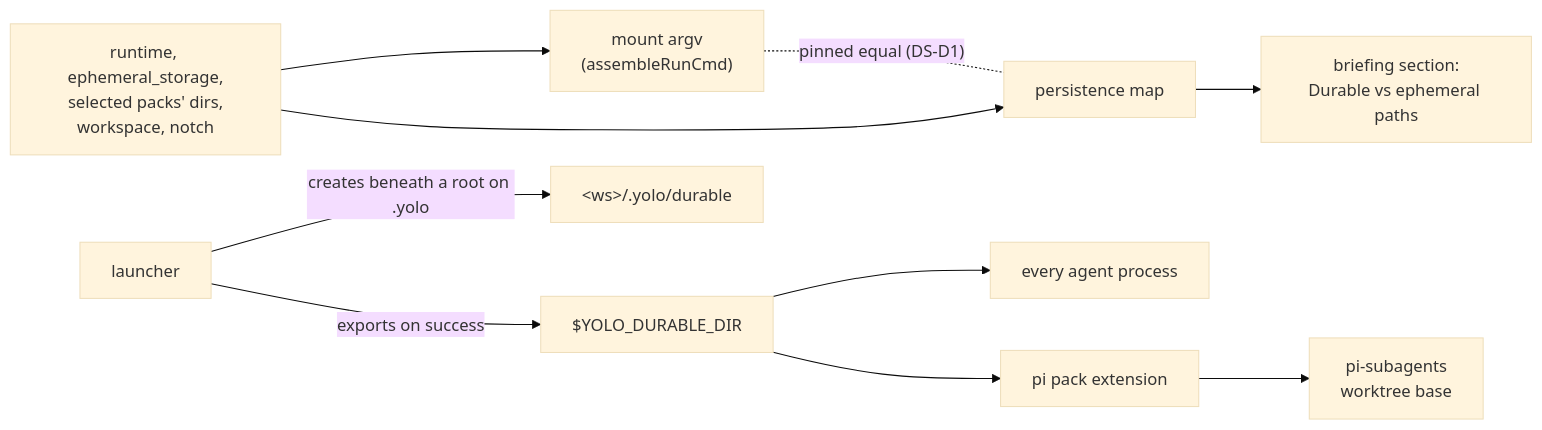
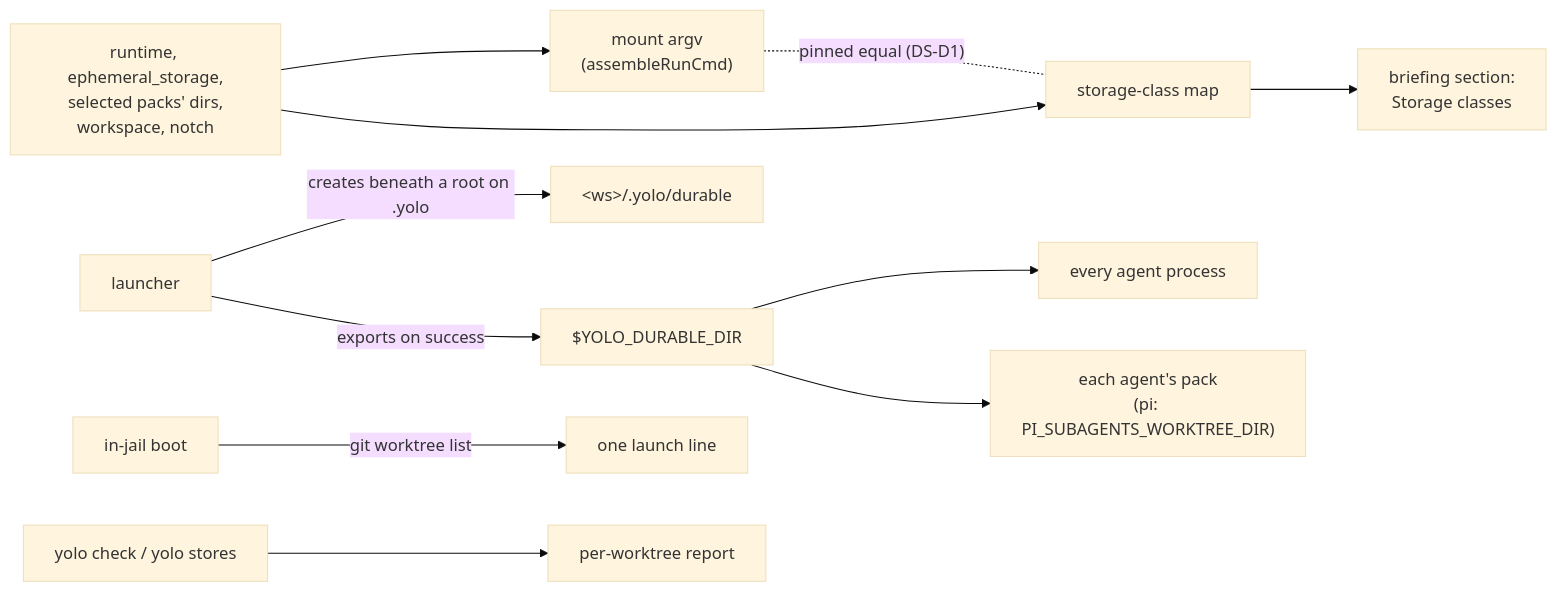
Before and after one commit to mschulkind-oss/yolo-jail: the diagram in docs/design/durable-scratch-space.md, drawn with Mermaid (base theme). The commit also changed other lines of this file and 1 other file, not shown here.

First line of the commit message:
docs(design): storage classes as the spine of the durable-dir design, with the rulings folded in

````diff
--- a/docs/design/durable-scratch-space.md
+++ b/docs/design/durable-scratch-space.md
@@ -240,11 +371,13 @@
 ```mermaid
 flowchart LR
   inputs["runtime, ephemeral_storage,<br/>selected packs' dirs,<br/>workspace, notch"] --> argv["mount argv<br/>(assembleRunCmd)"]
-  inputs --> map["persistence map"]
-  map --> section["briefing section:<br/>Durable vs ephemeral paths"]
+  inputs --> map["storage-class map"]
+  map --> section["briefing section:<br/>Storage classes"]
   launcher["launcher"] -->|creates beneath a root on .yolo| dir["&lt;ws&gt;/.yolo/durable"]
   launcher -->|exports on success| env["$YOLO_DURABLE_DIR"]
   env --> agents["every agent process"]
-  env --> piext["pi pack extension"] --> pisub["pi-subagents<br/>worktree base"]
+  env --> packs["each agent's pack<br/>(pi: PI_SUBAGENTS_WORKTREE_DIR)"]
+  boot["in-jail boot"] -->|git worktree list| line["one launch line"]
+  check["yolo check / yolo stores"] --> report["per-worktree report"]
   argv -. "pinned equal (DS-D1)" .- map
 ```
````
